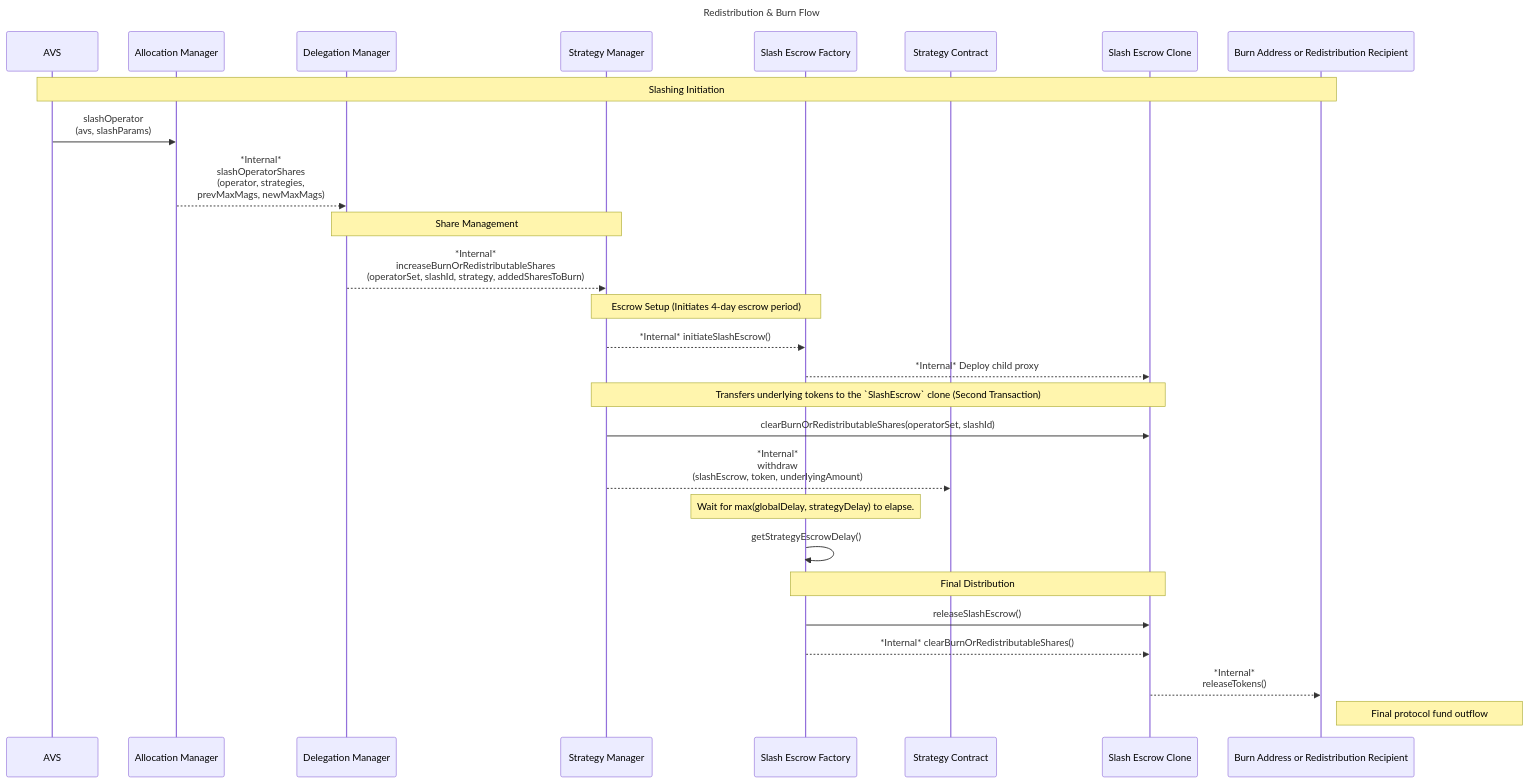
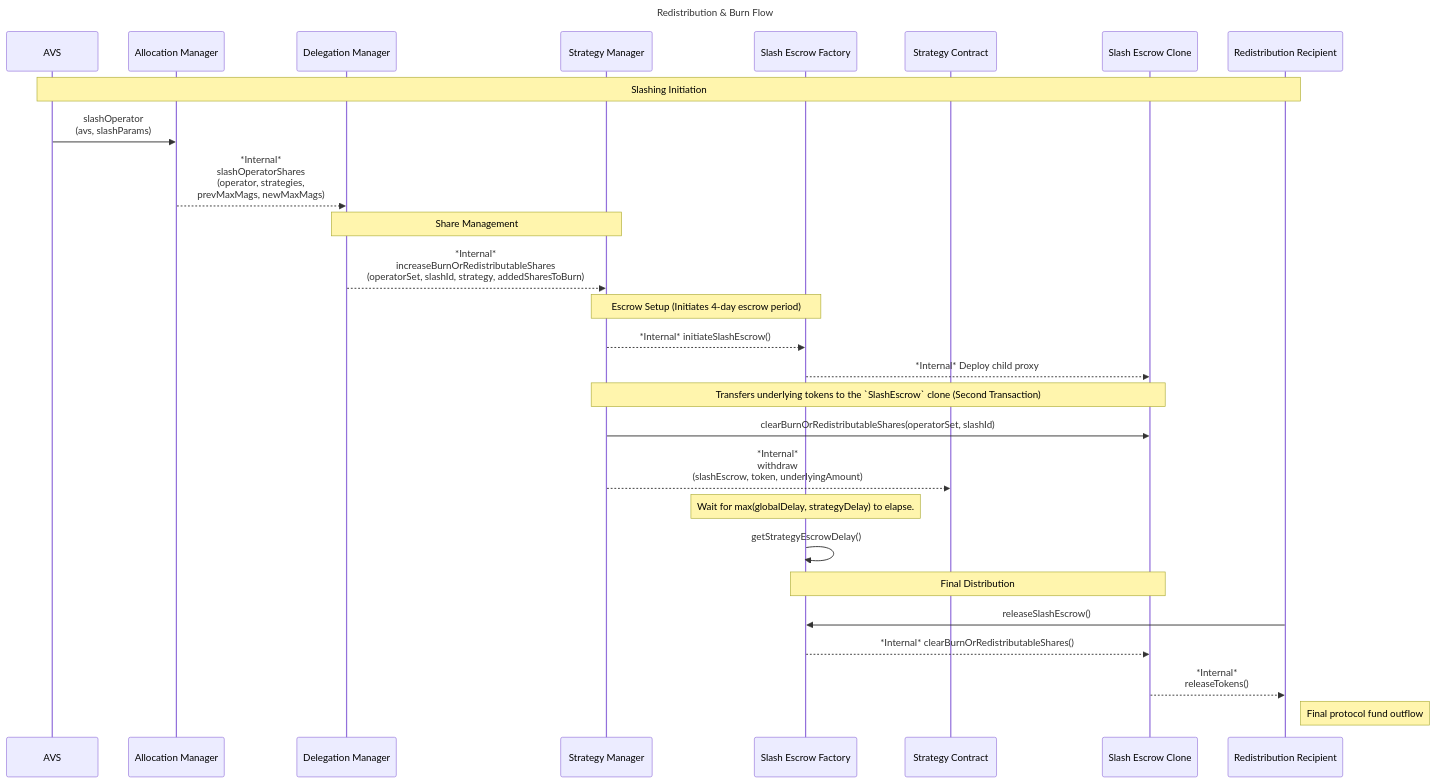
Before and after one commit to eigenfoundation/ELIPs: the diagram in ELIPs/ELIP-006.md, drawn with Mermaid. The commit also changed other lines of this file, not shown here.

Commit message:
Add back interface detail and clarify some flows/roles.

````diff
--- a/ELIPs/ELIP-006.md
+++ b/ELIPs/ELIP-006.md
@@ -222,35 +236,35 @@
 ```mermaid
 sequenceDiagram
     title Redistribution & Burn Flow
 
     participant AVS as AVS
     participant ALM as Allocation Manager
     participant DM as Delegation Manager
     participant SM as Strategy Manager
     participant SEF as Slash Escrow Factory
     participant STR as Strategy Contract
     participant CL as Slash Escrow Clone
-    participant BR as Burn Address or Redistribution Recipient
+    participant RR as Redistribution Recipient
 
-    Note over AVS,BR: Slashing Initiation
+    Note over AVS,RR: Slashing Initiation
     AVS->>ALM: slashOperator<br>(avs, slashParams)
     ALM-->>DM: *Internal* <br>slashOperatorShares<br>(operator, strategies,<br> prevMaxMags, newMaxMags)
     Note over DM,SM: Share Management
     DM-->>SM: *Internal*<br>increaseBurnOrRedistributableShares<br>(operatorSet, slashId, strategy, addedSharesToBurn)
     Note over SM,SEF: Escrow Setup (Initiates 4-day escrow period)
     SM-->>SEF: *Internal* initiateSlashEscrow()
     SEF-->>CL: *Internal* Deploy child proxy
     
     Note over SM,CL: Transfers underlying tokens to the `SlashEscrow` clone (Second Transaction)
     SM->>CL: clearBurnOrRedistributableShares(operatorSet, slashId)
     SM-->>STR: *Internal*<br>withdraw<br>(slashEscrow, token, underlyingAmount)
     
     Note over SEF,SEF: Wait for max(globalDelay, strategyDelay) to elapse.
     SEF->>SEF: getStrategyEscrowDelay()
     
     Note over SEF,CL: Final Distribution
-    SEF->>CL: releaseSlashEscrow()
+    RR ->>SEF: releaseSlashEscrow()
     SEF-->>CL: *Internal* clearBurnOrRedistributableShares()
-    CL-->>BR: *Internal* <br>releaseTokens()
-    Note right of BR: Final protocol fund outflow
+    CL-->>RR: *Internal* <br>releaseTokens()
+    Note right of RR: Final protocol fund outflow
 ```
````
